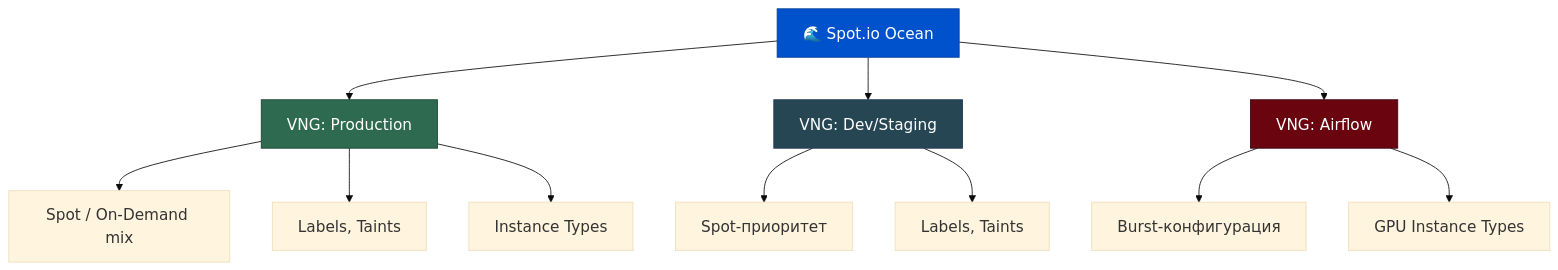
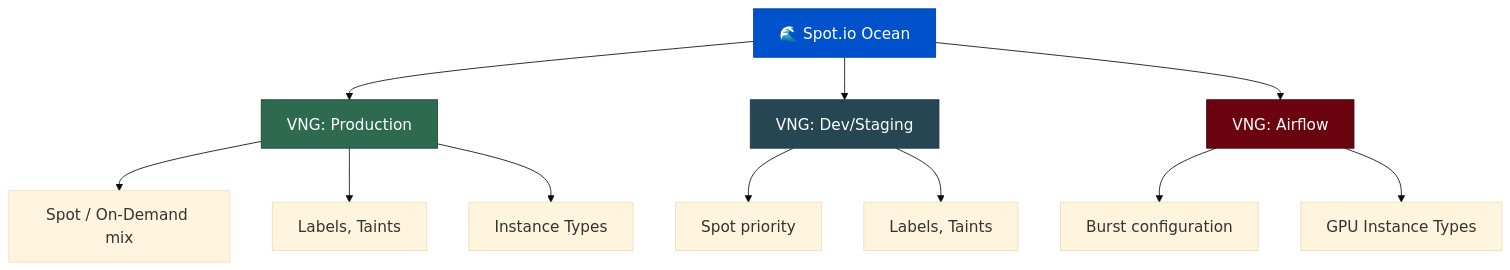
One commit to ViktorUJ/cks changed the second of 10 diagrams in docs/articles/from_spot_io_to_karpenter/readme.MD. Above: the diagram before and after it, drawn with Mermaid. The commit also changed other lines of this file and 1 other file, not shown here.

````diff
--- a/docs/articles/from_spot_io_to_karpenter/readme.MD
+++ b/docs/articles/from_spot_io_to_karpenter/readme.MD
@@ -80,29 +82,29 @@
 ```mermaid
 ---
 config:
   theme: base
   themeVariables:
     fontSize: 18px
     nodeSpacing: 50
     rankSpacing: 70
 ---
 graph TD
     OCEAN["🌊 Spot.io Ocean"] --> VNG1["VNG: Production"]
     OCEAN --> VNG2["VNG: Dev/Staging"]
     OCEAN --> VNG3["VNG: Airflow"]
 
     VNG1 --> S1["Spot / On-Demand mix"]
     VNG1 --> L1["Labels, Taints"]
     VNG1 --> I1["Instance Types"]
 
-    VNG2 --> S2["Spot-приоритет"]
+    VNG2 --> S2["Spot priority"]
     VNG2 --> L2["Labels, Taints"]
 
-    VNG3 --> S3["Burst-конфигурация"]
+    VNG3 --> S3["Burst configuration"]
     VNG3 --> L3["GPU Instance Types"]
 
     style OCEAN fill:#0052cc,stroke:#003d99,color:#fff
     style VNG1 fill:#2d6a4f,stroke:#1b4332,color:#fff
     style VNG2 fill:#264653,stroke:#1d3557,color:#fff
     style VNG3 fill:#6a040f,stroke:#370617,color:#fff
 ```
````
